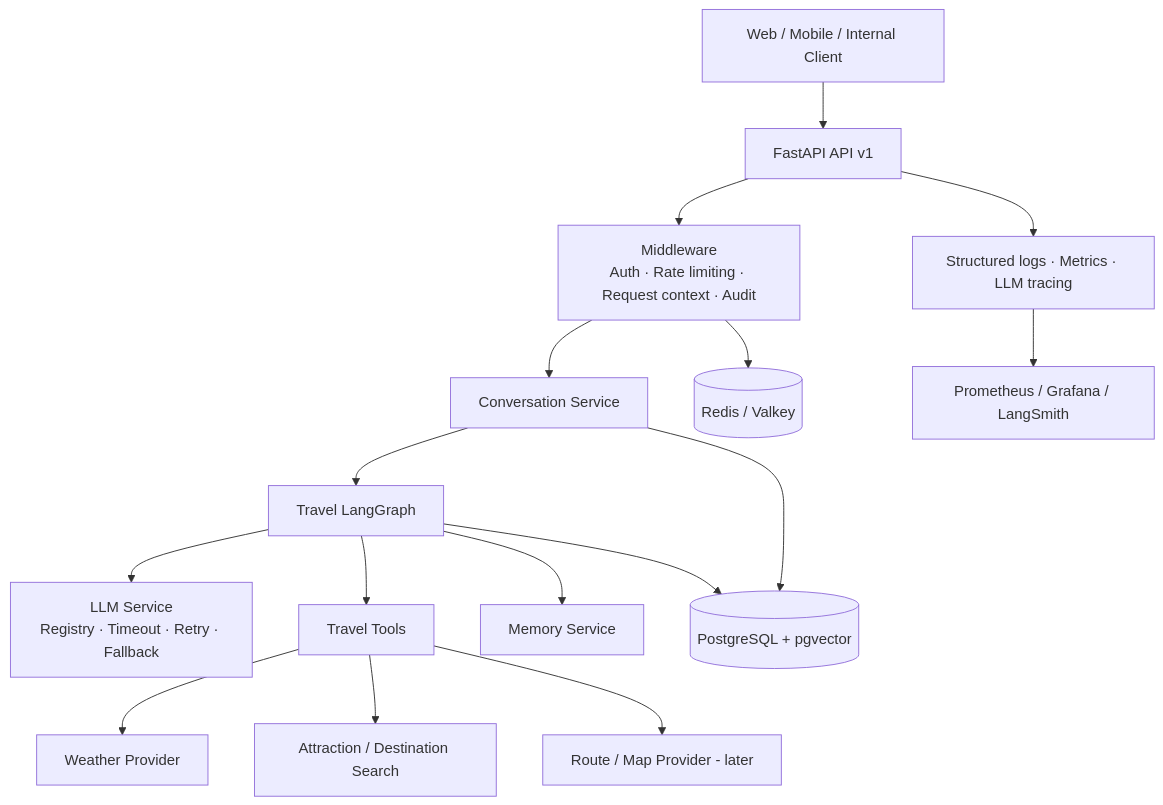
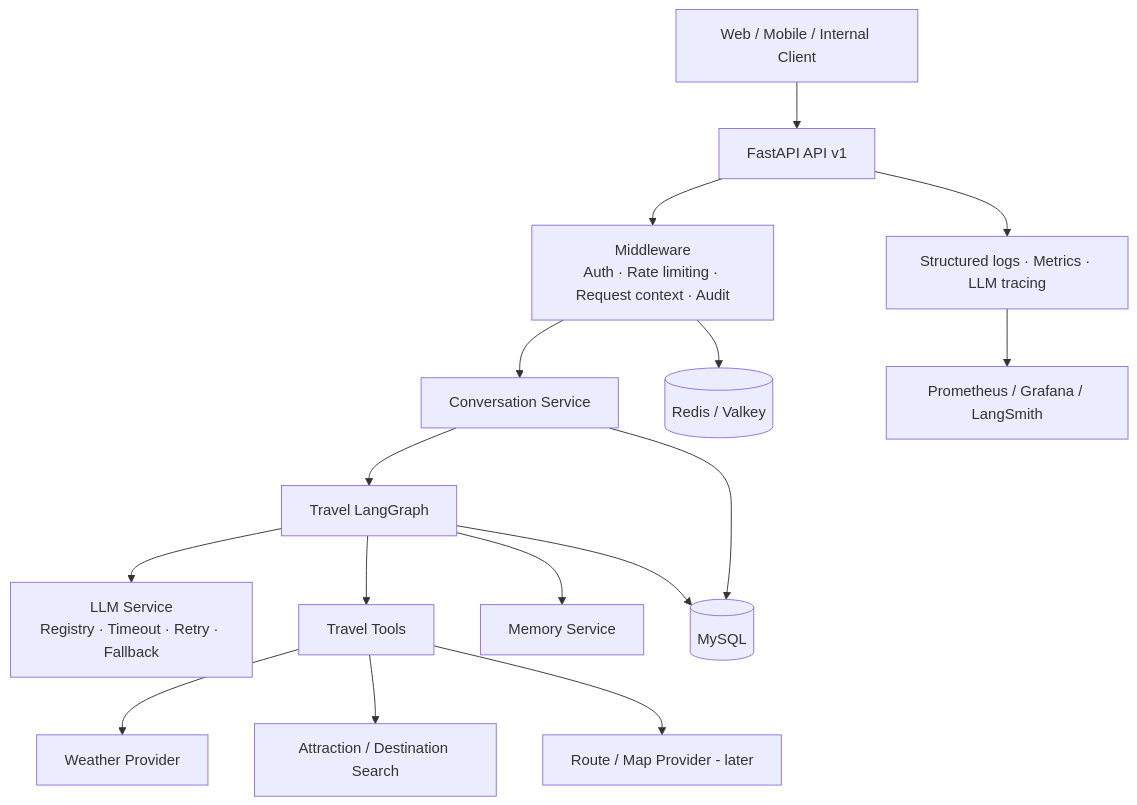
The first of 3 diagrams in docs/architecture-design.md (DOcrazyG/travel_assistant), drawn with Mermaid before and after one commit. The commit also changed other lines of this file and 13 other files, not shown here.

Commit message:
refactor:use MySQL instead of PostgreSQL

````diff
--- a/docs/architecture-design.md
+++ b/docs/architecture-design.md
@@ -39,18 +39,18 @@
 ```mermaid
 flowchart TB
     Client[Web / Mobile / Internal Client] --> API[FastAPI API v1]
     API --> MW[Middleware\nAuth · Rate limiting · Request context · Audit]
     MW --> Chat[Conversation Service]
     Chat --> Graph[Travel LangGraph]
     Graph --> LLM[LLM Service\nRegistry · Timeout · Retry · Fallback]
     Graph --> Tools[Travel Tools]
     Tools --> Weather[Weather Provider]
     Tools --> Search[Attraction / Destination Search]
     Tools --> Maps[Route / Map Provider - later]
     Graph --> Memory[Memory Service]
-    Chat --> DB[(PostgreSQL + pgvector)]
+    Chat --> DB[(MySQL)]
     Graph --> DB
     MW --> Cache[(Redis / Valkey)]
     API --> Obs[Structured logs · Metrics · LLM tracing]
     Obs --> Monitor[Prometheus / Grafana / LangSmith]
 ```
````
